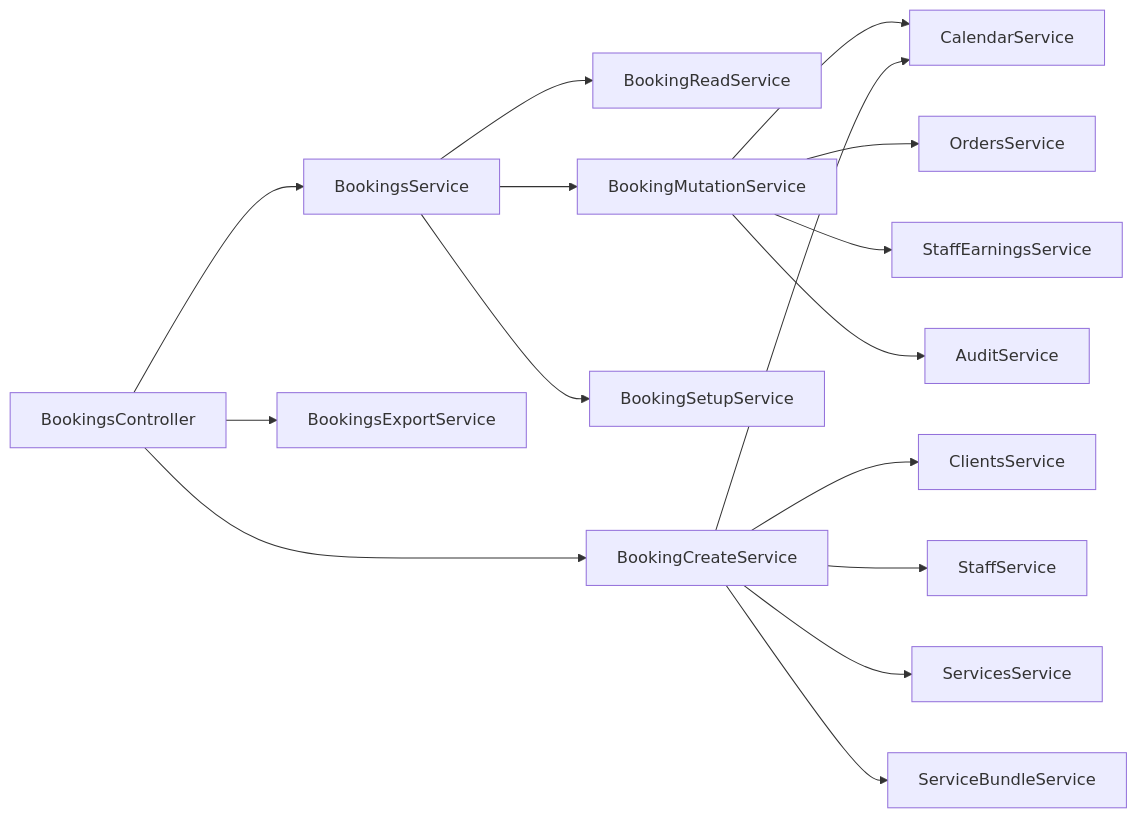
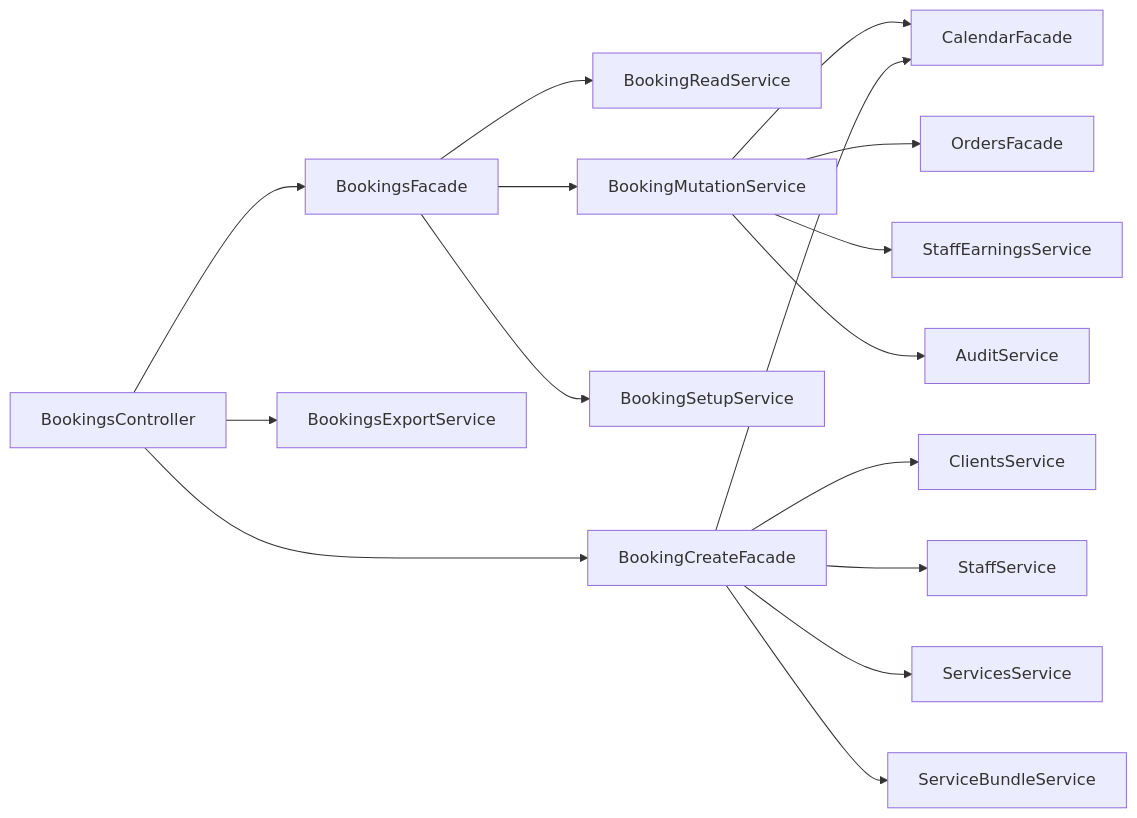
The second of 7 diagrams in docs/architecture/flows.md (pavelnagorsky/crm-core), drawn with Mermaid before and after one commit. The commit also changed other lines of this file and 577 other files, not shown here.

````diff
--- a/docs/architecture/flows.md
+++ b/docs/architecture/flows.md
@@ -35,19 +35,19 @@
 ```mermaid
 flowchart LR
-  BookingsController --> BookingsService
-  BookingsService --> BookingReadService
-  BookingsService --> BookingMutationService
-  BookingsService --> BookingSetupService
-  BookingsController --> BookingCreateService
+  BookingsController --> BookingsFacade
+  BookingsFacade --> BookingReadService
+  BookingsFacade --> BookingMutationService
+  BookingsFacade --> BookingSetupService
+  BookingsController --> BookingCreateFacade
   BookingsController --> BookingsExportService
 
-  BookingMutationService --> CalendarService
-  BookingMutationService --> OrdersService
+  BookingMutationService --> CalendarFacade
+  BookingMutationService --> OrdersFacade
   BookingMutationService --> StaffEarningsService
-  BookingCreateService --> CalendarService
-  BookingCreateService --> ClientsService
-  BookingCreateService --> StaffService
-  BookingCreateService --> ServicesService
-  BookingCreateService --> ServiceBundleService
+  BookingCreateFacade --> CalendarFacade
+  BookingCreateFacade --> ClientsService
+  BookingCreateFacade --> StaffService
+  BookingCreateFacade --> ServicesService
+  BookingCreateFacade --> ServiceBundleService
   BookingMutationService --> AuditService
 ```
````
